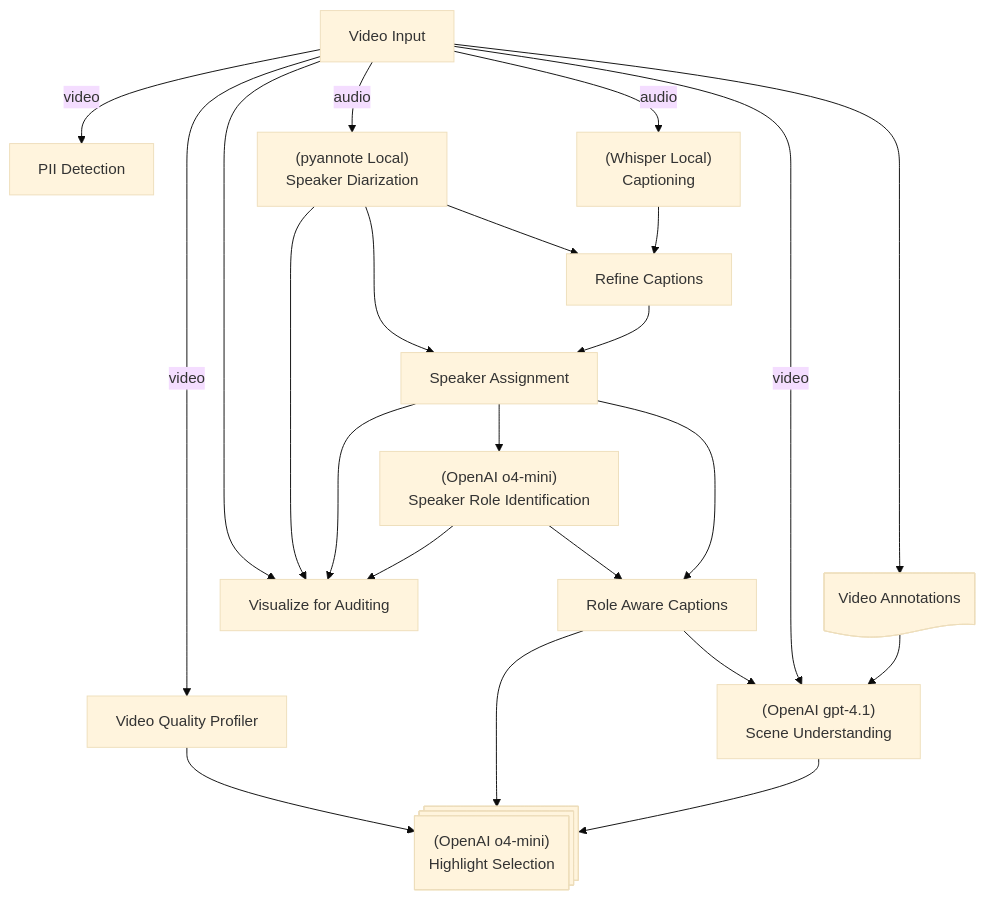
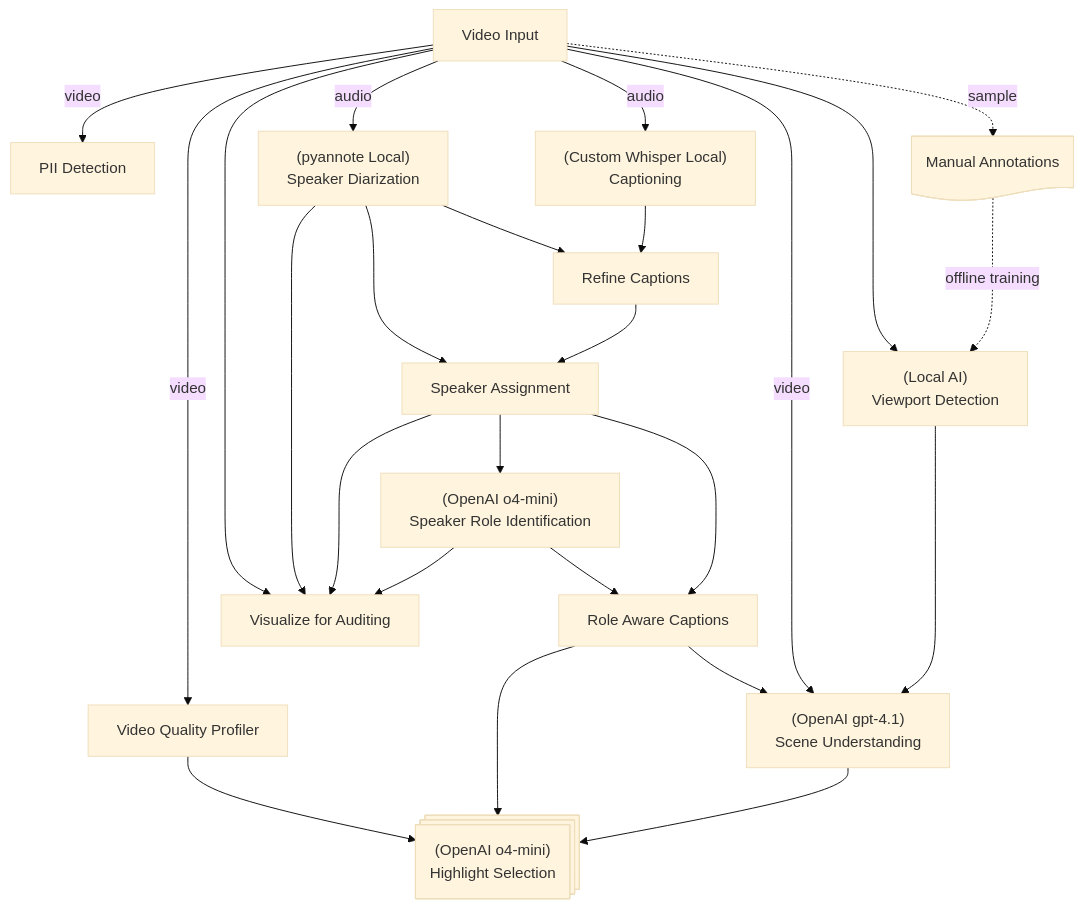
One commit to hirak99/video-summarizer changed the first of 3 diagrams in src/video_understanding/README.md. Above: the diagram before and after it, drawn with Mermaid (base theme). The commit also changed 5 other files, not shown here.

First line of the commit message:
feat(video): enable vision processing without depending on manual labels

````diff
--- a/src/video_understanding/README.md
+++ b/src/video_understanding/README.md
@@ -13,27 +13,28 @@
 ```mermaid
 flowchart TD;
     A[Video Input]
-    A -- video --> M[PII Detection]
+    A -- video --> PII[PII Detection]
     A -- video --> VideoQualityProfiler[Video Quality Profiler]
     VideoQualityProfiler --> HighlightSel
     A --> I
     Diarization --> I[Visualize for Auditing]
     D --> I
     F --> I
     A -- audio --> Diarization["(pyannote Local)<br>"Speaker Diarization]
-    A -- audio --> Captioning["(Whisper Local)<br>"Captioning]
+    A -- audio --> Captioning["(Custom Whisper Local)<br>"Captioning]
     Diarization --> D
     Diarization --> RefineCaptions
     Captioning --> RefineCaptions[Refine Captions]
     RefineCaptions --> D[Speaker Assignment]
     D --> F["(OpenAI o4-mini)<br>"Speaker Role Identification];
     F --> K[Role Aware Captions]
     D --> K
     K --> HighlightSel["(OpenAI o4-mini)<br>"Highlight Selection]
     A -- video --> N["(OpenAI gpt-4.1)<br>Scene Understanding"]
-    A --> Annotations["Video Annotations"] --> N
     K --> N
     N --> HighlightSel
+    A --> Yolo["(Local AI)<br>Viewport Detection"] --> N
+    A -."sample".-> Annotations["Manual Annotations"] -."offline training"..-> Yolo
     Annotations@{ shape: doc}
     HighlightSel@{ shape: procs}
 ```
````
